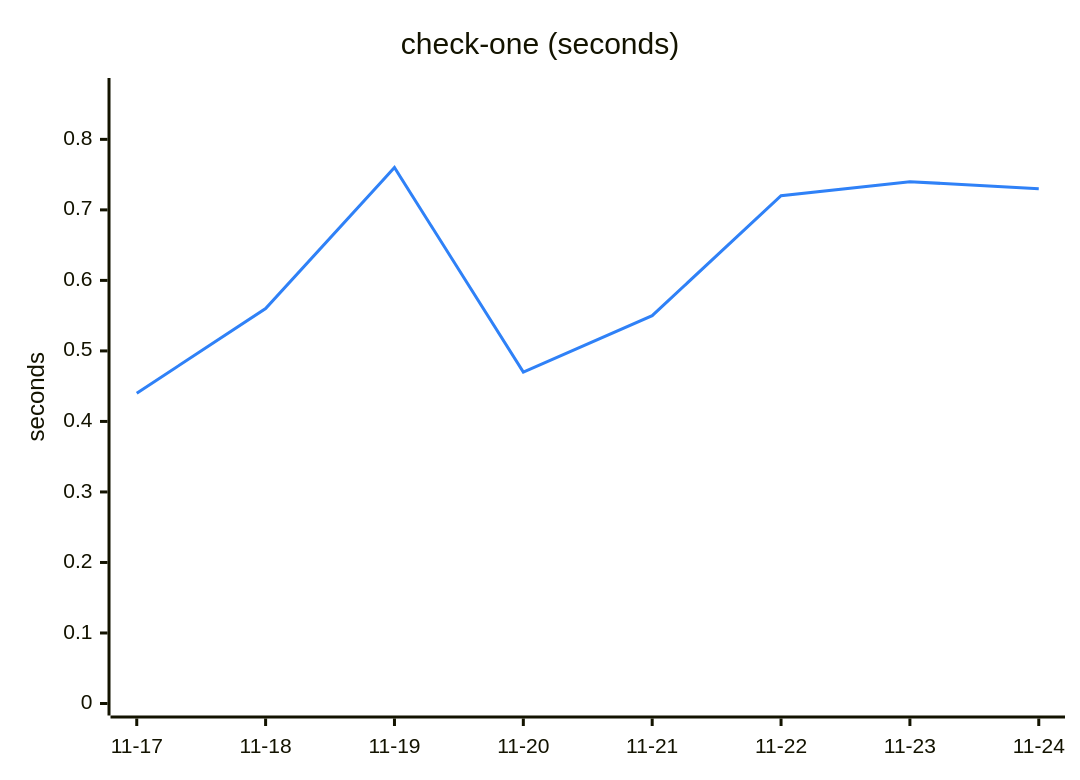
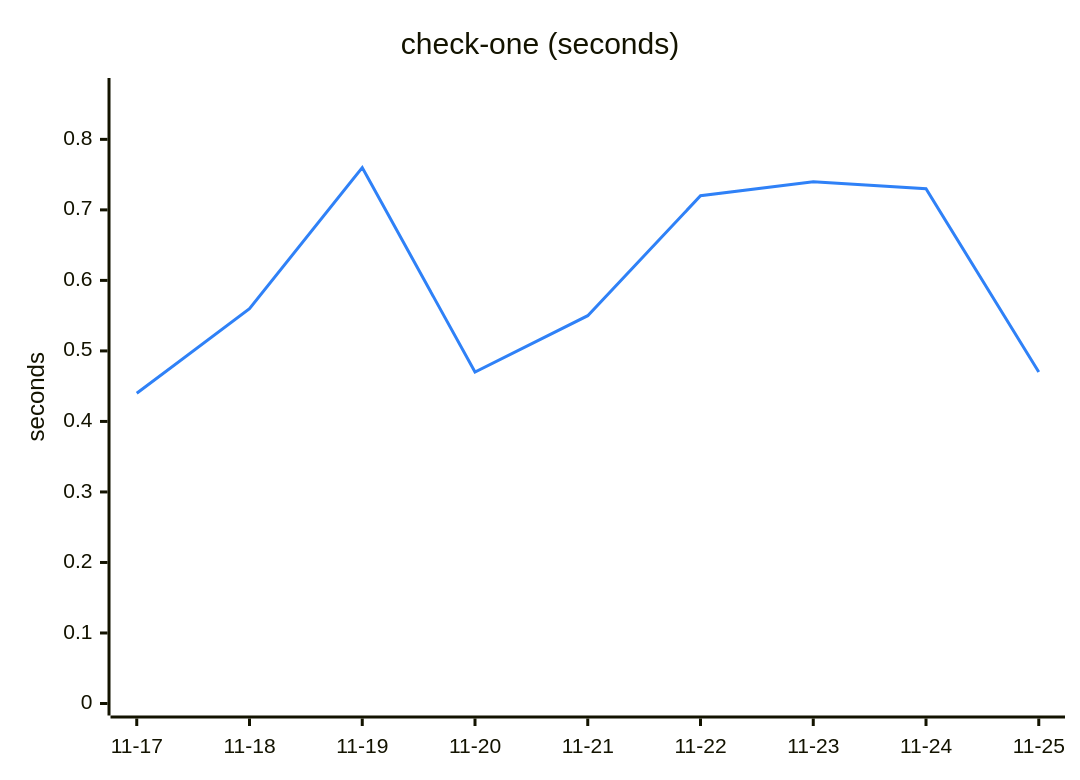
The fourth of 6 diagrams in TREND.md (Ricovl/mxcli), drawn with Mermaid before and after one commit. The commit also changed other lines of this file and 2 other files, not shown here.

````diff
--- a/TREND.md
+++ b/TREND.md
@@ -97,13 +97,13 @@
 ```mermaid
 ---
 config:
   themeVariables:
     xyChart:
       plotColorPalette: "#2f81f7"
 ---
 xychart-beta
     title "check-one (seconds)"
-    x-axis ["11-17", "11-18", "11-19", "11-20", "11-21", "11-22", "11-23", "11-24"]
+    x-axis ["11-17", "11-18", "11-19", "11-20", "11-21", "11-22", "11-23", "11-24", "11-25"]
     y-axis "seconds" 0 --> 0.87
-    line [0.44, 0.56, 0.76, 0.47, 0.55, 0.72, 0.74, 0.73]
+    line [0.44, 0.56, 0.76, 0.47, 0.55, 0.72, 0.74, 0.73, 0.47]
 ```
````
